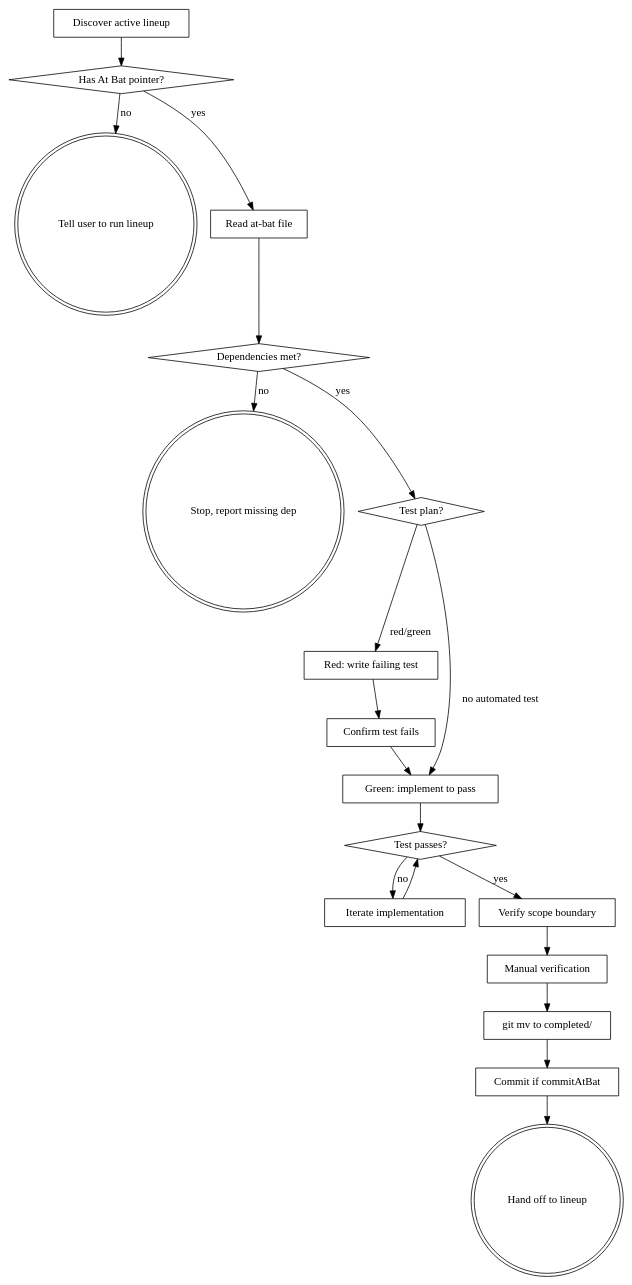
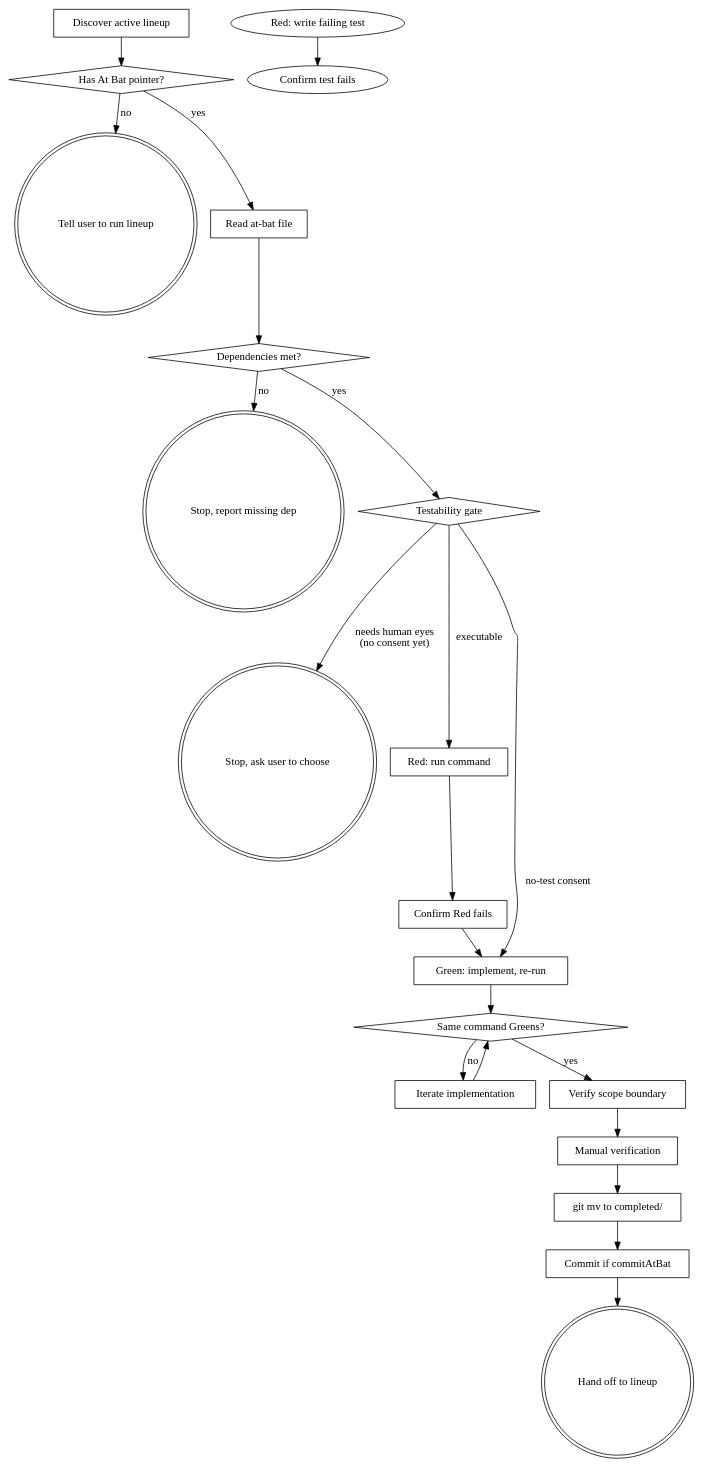
The diagram in plugins/lineup/skills/at-bat/SKILL.md (robmt/claude-tools), drawn with Graphviz before and after one commit. The commit also changed other lines of this file and 4 other files, not shown here.

First line of the commit message:
at-bat: add testability gate, default to executing verifications

````diff
--- a/plugins/lineup/skills/at-bat/SKILL.md
+++ b/plugins/lineup/skills/at-bat/SKILL.md
@@ -142,40 +233,43 @@
 ```dot
 digraph atbat {
     "Discover active lineup" [shape=box];
     "Has At Bat pointer?" [shape=diamond];
     "Tell user to run lineup" [shape=doublecircle];
     "Read at-bat file" [shape=box];
     "Dependencies met?" [shape=diamond];
     "Stop, report missing dep" [shape=doublecircle];
-    "Test plan?" [shape=diamond];
-    "Red: write failing test" [shape=box];
-    "Confirm test fails" [shape=box];
-    "Green: implement to pass" [shape=box];
-    "Test passes?" [shape=diamond];
+    "Testability gate" [shape=diamond];
+    "Stop, ask user to choose" [shape=doublecircle];
+    "Red: run command" [shape=box];
+    "Confirm Red fails" [shape=box];
+    "Green: implement, re-run" [shape=box];
+    "Same command Greens?" [shape=diamond];
     "Iterate implementation" [shape=box];
     "Verify scope boundary" [shape=box];
     "Manual verification" [shape=box];
     "git mv to completed/" [shape=box];
     "Commit if commitAtBat" [shape=box];
 
     "Discover active lineup" -> "Has At Bat pointer?";
     "Has At Bat pointer?" -> "Tell user to run lineup" [label="no"];
     "Has At Bat pointer?" -> "Read at-bat file" [label="yes"];
     "Read at-bat file" -> "Dependencies met?";
     "Dependencies met?" -> "Stop, report missing dep" [label="no"];
-    "Dependencies met?" -> "Test plan?" [label="yes"];
-    "Test plan?" -> "Red: write failing test" [label="red/green"];
-    "Test plan?" -> "Green: implement to pass" [label="no automated test"];
+    "Dependencies met?" -> "Testability gate" [label="yes"];
+    "Testability gate" -> "Stop, ask user to choose" [label="needs human eyes\n(no consent yet)"];
+    "Testability gate" -> "Red: run command" [label="executable"];
+    "Testability gate" -> "Green: implement, re-run" [label="no-test consent"];
     "Red: write failing test" -> "Confirm test fails";
-    "Confirm test fails" -> "Green: implement to pass";
-    "Green: implement to pass" -> "Test passes?";
-    "Test passes?" -> "Iterate implementation" [label="no"];
-    "Iterate implementation" -> "Test passes?";
-    "Test passes?" -> "Verify scope boundary" [label="yes"];
+    "Red: run command" -> "Confirm Red fails";
+    "Confirm Red fails" -> "Green: implement, re-run";
+    "Green: implement, re-run" -> "Same command Greens?";
+    "Same command Greens?" -> "Iterate implementation" [label="no"];
+    "Iterate implementation" -> "Same command Greens?";
+    "Same command Greens?" -> "Verify scope boundary" [label="yes"];
     "Verify scope boundary" -> "Manual verification";
     "Manual verification" -> "git mv to completed/";
     "git mv to completed/" -> "Commit if commitAtBat";
     "Commit if commitAtBat" -> "Hand off to lineup";
     "Hand off to lineup" [shape=doublecircle];
 }
 ```
````
